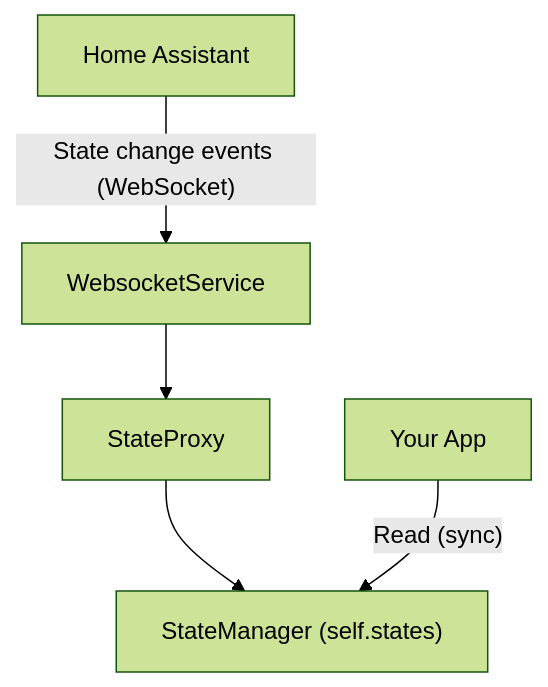
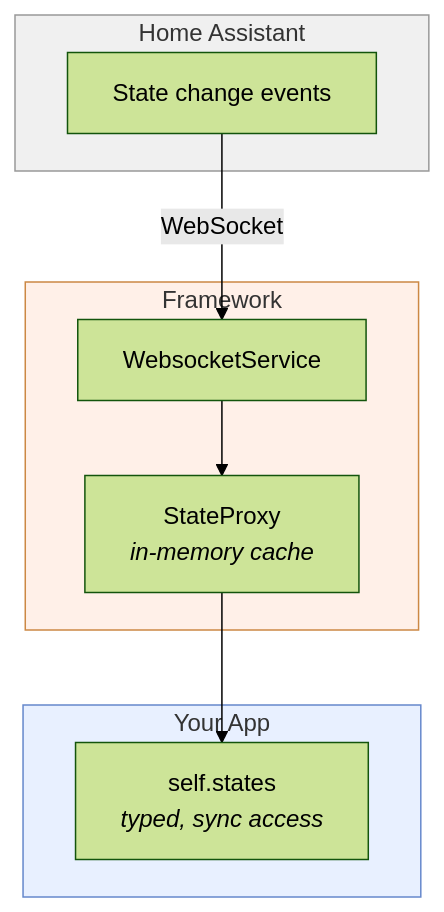
One commit to NodeJSmith/hassette changed the diagram in docs/pages/core-concepts/states/index.md. Above: the diagram before and after it, drawn with Mermaid (forest theme). The commit also changed 11 other files, not shown here.

First line of the commit message:
docs: add system internals page with architecture deep-dive diagrams (#605)

````diff
--- a/docs/pages/core-concepts/states/index.md
+++ b/docs/pages/core-concepts/states/index.md
@@ -8,7 +8,23 @@
 ```mermaid
-graph TB
-  HA["Home Assistant"] -->|"State change events (WebSocket)"| WS["WebsocketService"]
-  WS --> SP["StateProxy"]
-  SP --> SM["StateManager (self.states)"]
-  APP["Your App"] -->|"Read (sync)"| SM
+flowchart TD
+    subgraph ha["Home Assistant"]
+        HA["State change events"]
+    end
+
+    subgraph framework["Framework"]
+        WS["WebsocketService"]
+        SP["StateProxy<br/><i>in-memory cache</i>"]
+        WS --> SP
+    end
+
+    subgraph app["Your App"]
+        SM["self.states<br/><i>typed, sync access</i>"]
+    end
+
+    HA -- "WebSocket" --> WS
+    SP --> SM
+
+    style ha fill:#f0f0f0,stroke:#999
+    style framework fill:#fff0e8,stroke:#cc8844
+    style app fill:#e8f0ff,stroke:#6688cc
 ```
````
